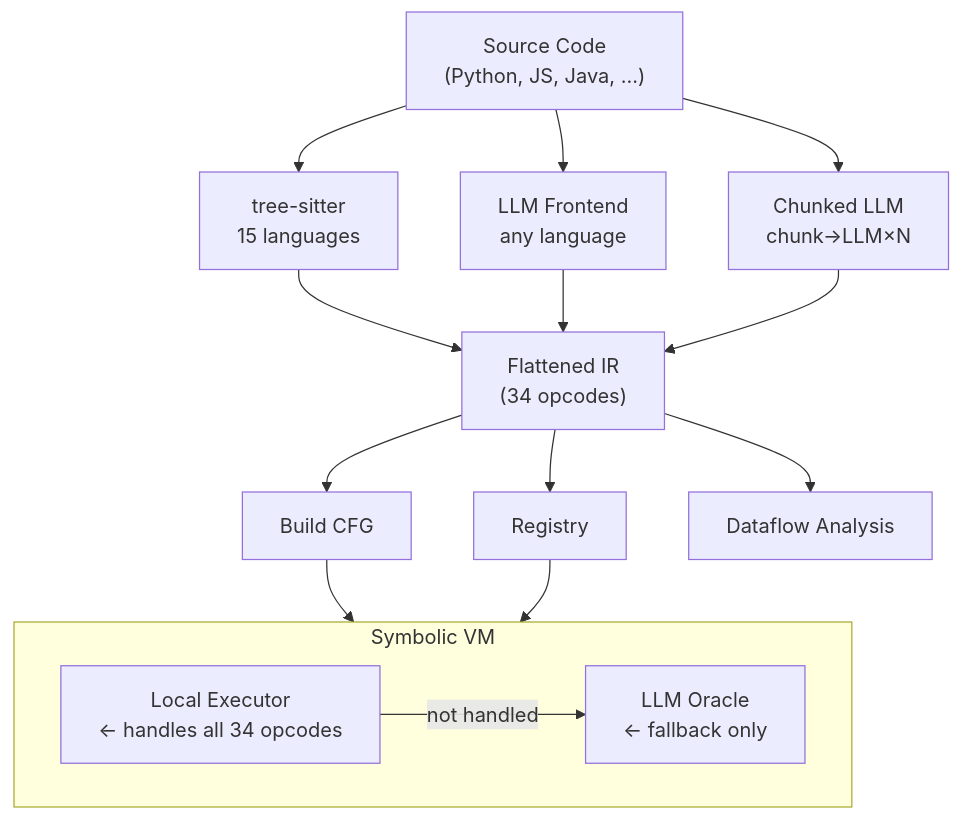
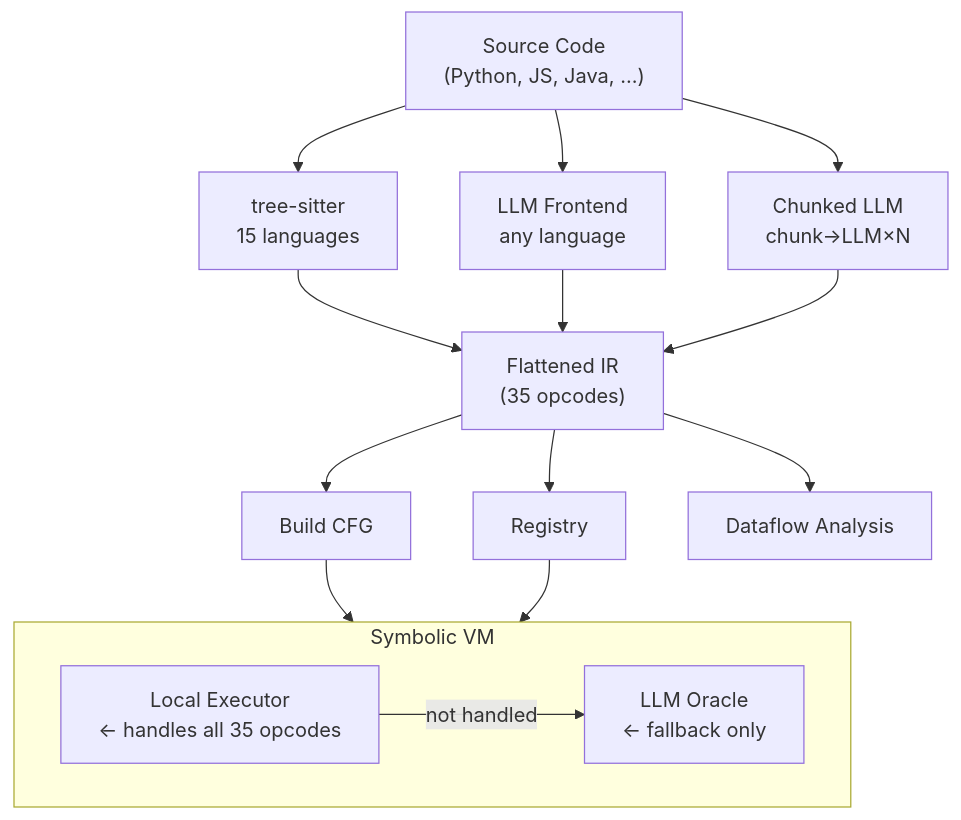
One commit to avishek-sen-gupta/red-dragon changed the first of 5 diagrams in docs/notes-on-vm-design.md. Above: the diagram before and after it, drawn with Mermaid. The commit also changed other lines of this file and 1 other file, not shown here.

````diff
--- a/docs/notes-on-vm-design.md
+++ b/docs/notes-on-vm-design.md
@@ -34,24 +34,24 @@
 ```mermaid
 flowchart TD
     src["Source Code\n(Python, JS, Java, ...)"]
     ts["tree-sitter\n15 languages"]
     llm["LLM Frontend\nany language"]
     chunked["Chunked LLM\nchunk→LLM×N"]
-    ir["Flattened IR\n(34 opcodes)"]
+    ir["Flattened IR\n(35 opcodes)"]
     cfg["Build CFG"]
     reg["Registry"]
     df["Dataflow Analysis"]
 
     src --> ts & llm & chunked
     ts & llm & chunked --> ir
     ir --> cfg & reg & df
 
     subgraph VM ["Symbolic VM"]
-        exec["Local Executor\n← handles all 34 opcodes"]
+        exec["Local Executor\n← handles all 35 opcodes"]
         oracle["LLM Oracle\n← fallback only"]
         exec -- "not handled" --> oracle
     end
 
     cfg --> VM
     reg --> VM
 ```
````
